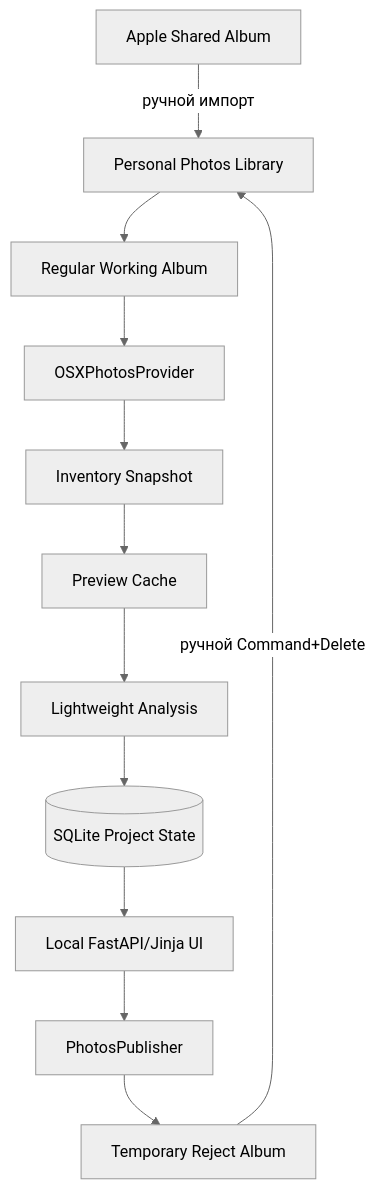
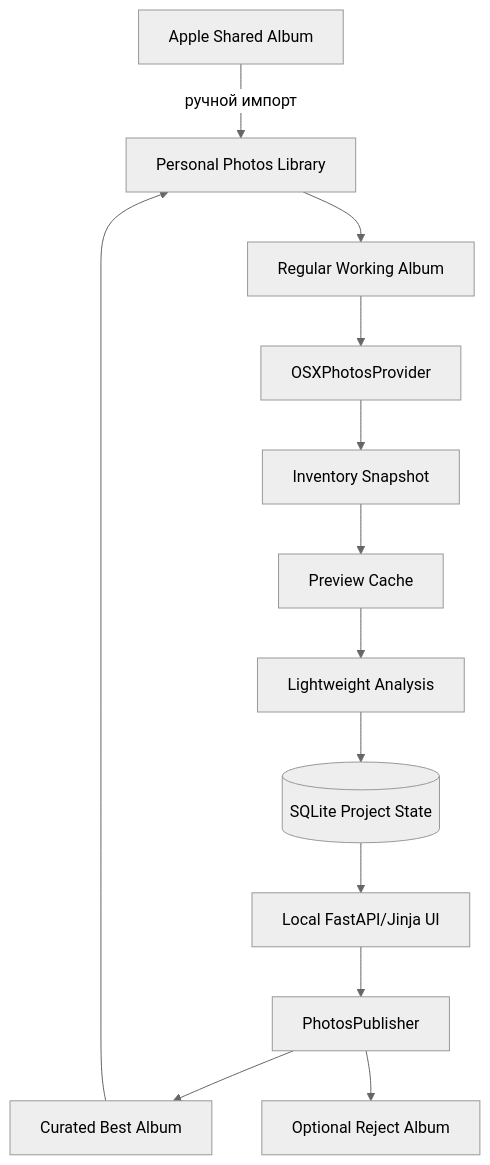
The diagram in docs/02-architecture.md (SergeyLavrentev/photo-curator), drawn with Mermaid (neutral theme) before and after one commit. The commit also changed other lines of this file and 34 other files, not shown here.

````diff
--- a/docs/02-architecture.md
+++ b/docs/02-architecture.md
@@ -5,14 +5,15 @@
 ```mermaid
 flowchart TD
     SA[Apple Shared Album] -->|ручной импорт| PL[Personal Photos Library]
     PL --> WA[Regular Working Album]
     WA --> OP[OSXPhotosProvider]
     OP --> INV[Inventory Snapshot]
     INV --> PC[Preview Cache]
     PC --> AN[Lightweight Analysis]
     AN --> DB[(SQLite Project State)]
     DB --> UI[Local FastAPI/Jinja UI]
     UI --> PUB[PhotosPublisher]
-    PUB --> RA[Temporary Reject Album]
-    RA -->|ручной Command+Delete| PL
+    PUB --> BA[Curated Best Album]
+    PUB --> RA[Optional Reject Album]
+    BA --> PL
 ```
````
